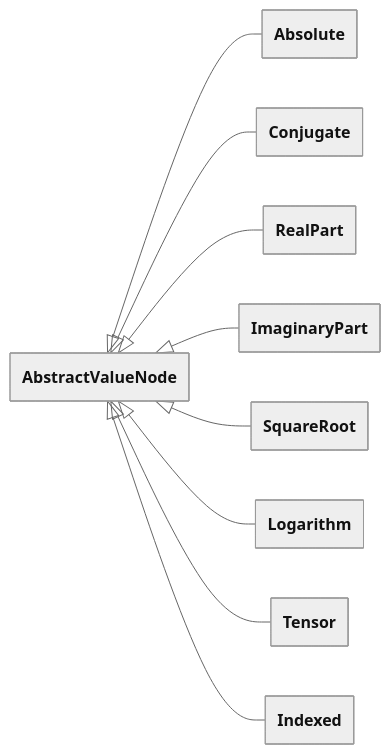
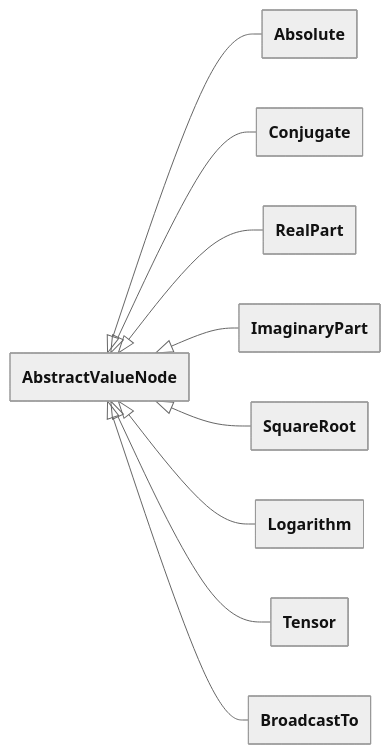
Before and after one commit to FEniCS/uflx: the fourth of 12 diagrams in design/language.md, drawn with Mermaid. The commit also changed other lines of this file and 3 other files, not shown here.

````diff
--- a/design/language.md
+++ b/design/language.md
@@ -4404,22 +4678,22 @@
 ```mermaid
 ---
 config:
   theme: neutral
   look: classic
   class:
     theme: neutral
     look: classic
     hideEmptyMembersBox: true
 ---
 classDiagram
     direction LR
     accTitle: Algebra class hierarchy (2 of 3)
     AbstractValueNode <|-- Absolute
     AbstractValueNode <|-- Conjugate
     AbstractValueNode <|-- RealPart
     AbstractValueNode <|-- ImaginaryPart
     AbstractValueNode <|-- SquareRoot
     AbstractValueNode <|-- Logarithm
     AbstractValueNode <|-- Tensor
-    AbstractValueNode <|-- Indexed
+    AbstractValueNode <|-- BroadcastTo
 ```
````
